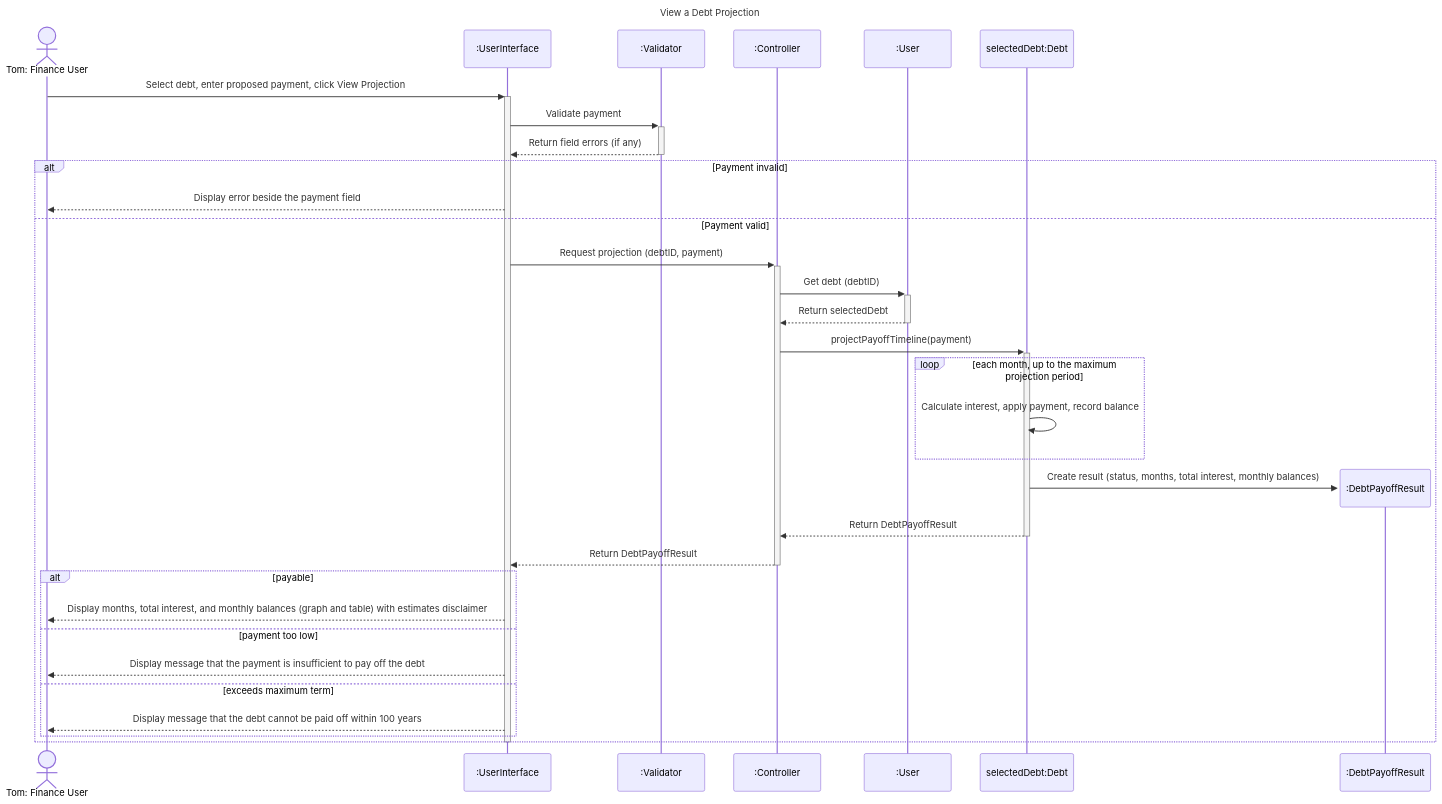
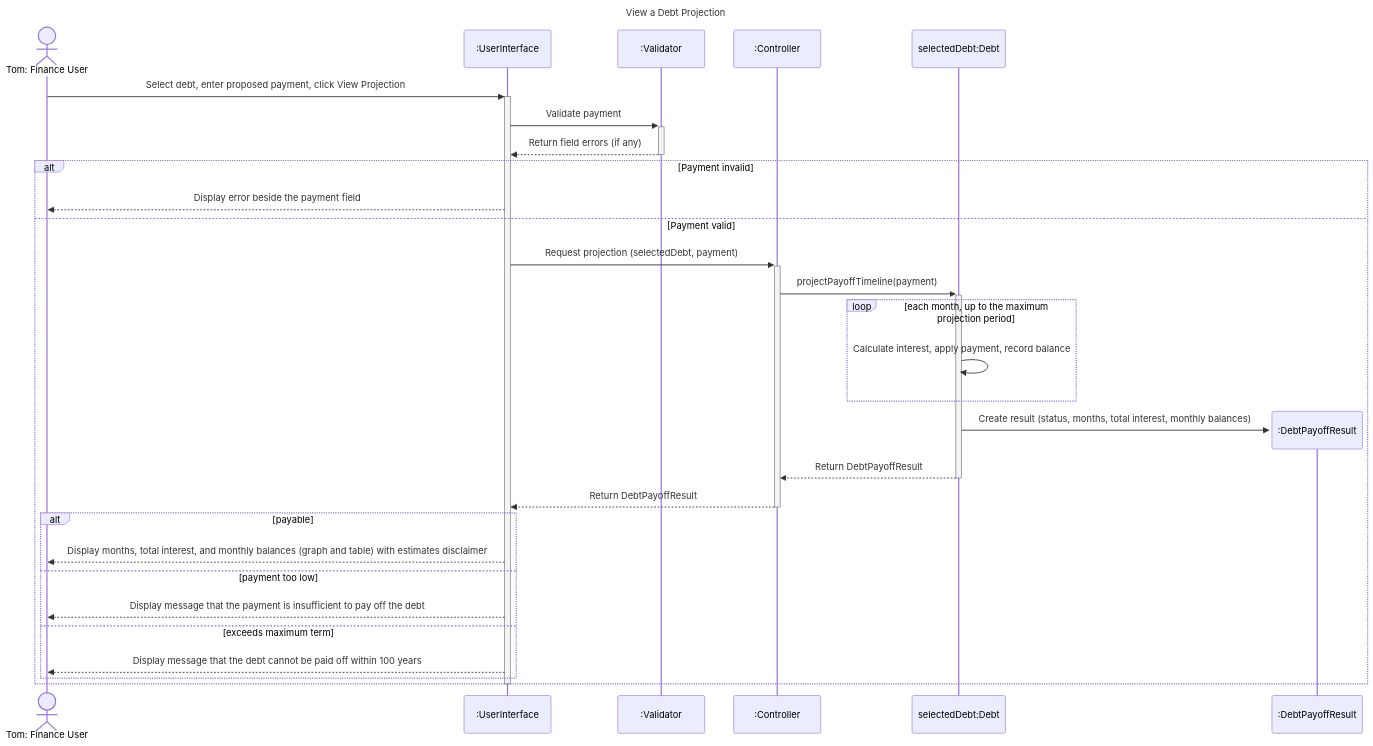
The diagram in docs/architecture/current/sequenceDiagrams/1ViewADebtProjection.mmd (yattayattamatata/Trajectory), drawn with Mermaid before and after one commit. The commit also changed 16 other files, not shown here.

First line of the commit message:
Create class diagrams specific to each item from IEEE Design

```diff
--- a/docs/architecture/current/sequenceDiagrams/1ViewADebtProjection.mmd
+++ b/docs/architecture/current/sequenceDiagrams/1ViewADebtProjection.mmd
@@ -1,39 +1,36 @@
 ---
 title: View a Debt Projection
 ---
 sequenceDiagram
     actor FU as Tom: Finance User
     participant UI as :UserInterface
     participant V as :Validator
     participant C as :Controller
-    participant U as :User
     participant D as selectedDebt:Debt
 
     FU ->>+ UI: Select debt, enter proposed payment, click View Projection
     UI ->>+ V: Validate payment
     V -->>- UI: Return field errors (if any)
 
     alt Payment invalid
         UI -->> FU: Display error beside the payment field
     else Payment valid
-        UI ->>+ C: Request projection (debtID, payment)
-        C ->>+ U: Get debt (debtID)
-        U -->>- C: Return selectedDebt
+        UI ->>+ C: Request projection (selectedDebt, payment)
         C ->>+ D: projectPayoffTimeline(payment)
         loop each month, up to the maximum projection period
             D ->> D: Calculate interest, apply payment, record balance
         end
         create participant R as :DebtPayoffResult
         D ->> R: Create result (status, months, total interest, monthly balances)
         D -->>- C: Return DebtPayoffResult
         C -->>- UI: Return DebtPayoffResult
 
         alt payable
             UI -->> FU: Display months, total interest, and monthly balances (graph and table) with estimates disclaimer
         else payment too low
             UI -->> FU: Display message that the payment is insufficient to pay off the debt
         else exceeds maximum term
             UI -->> FU: Display message that the debt cannot be paid off within 100 years
         end
     end
     deactivate UI
```
